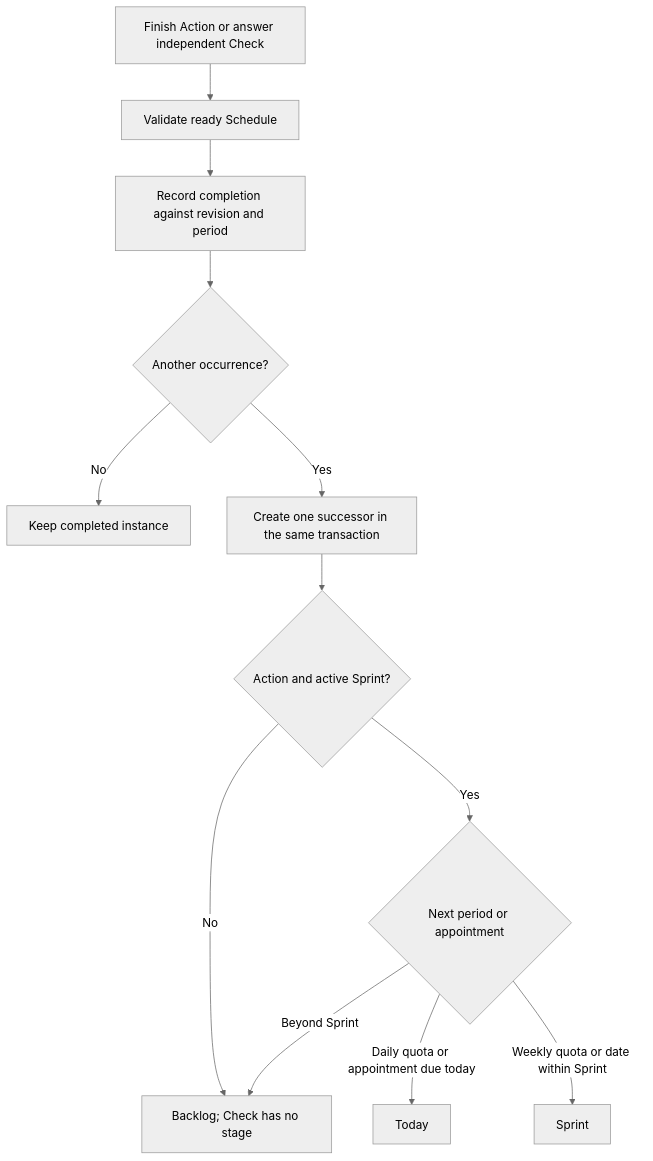
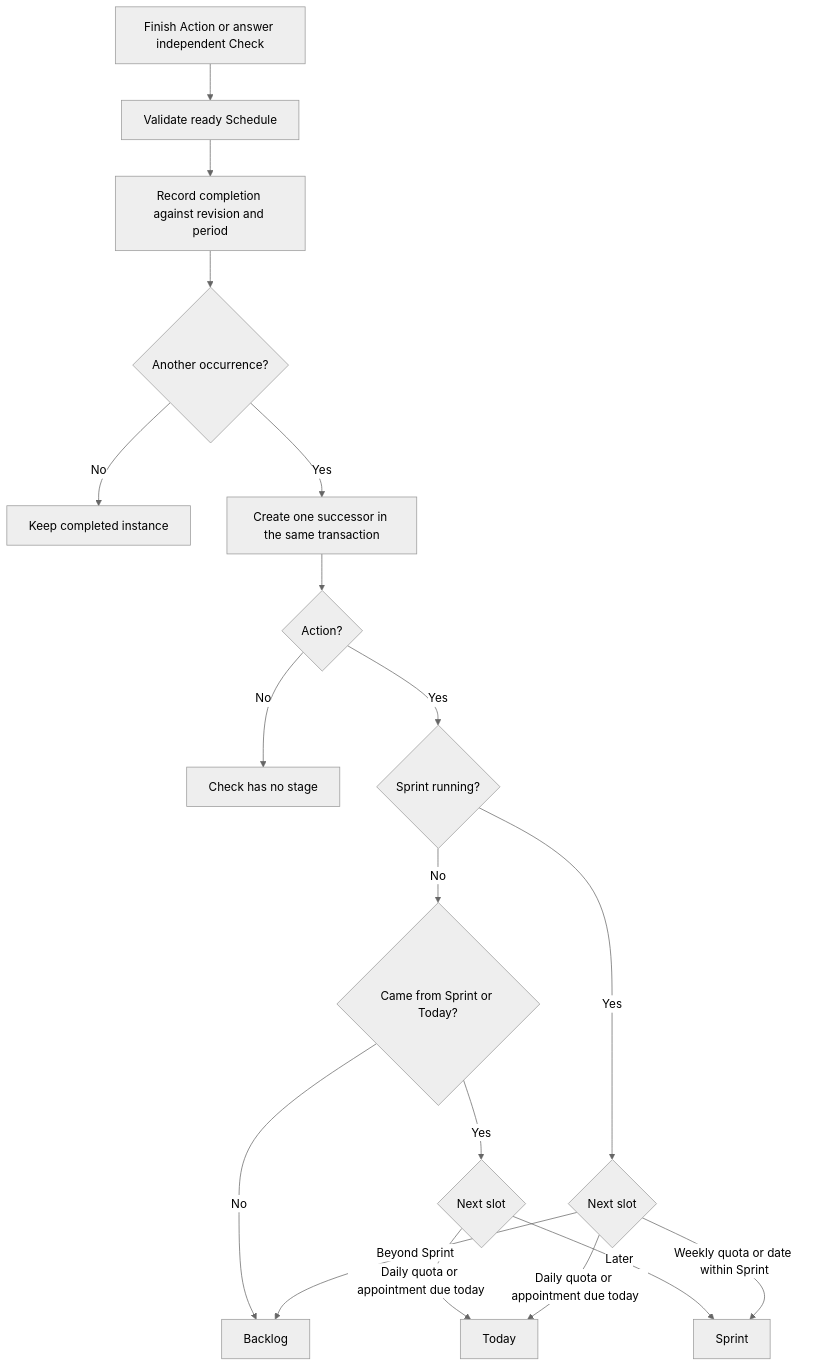
The second of 2 diagrams in docs/SCHEDULES.md (myvaheed/tg-ai-safwa), drawn with Mermaid (neutral theme) before and after one commit. The commit also changed other lines of this file and 70 other files, not shown here.

````diff
--- a/docs/SCHEDULES.md
+++ b/docs/SCHEDULES.md
@@ -31,14 +64,20 @@
 ```mermaid
 flowchart TD
     A[Finish Action or answer independent Check] --> B[Validate ready Schedule]
     B --> C[Record completion against revision and period]
     C --> D{Another occurrence?}
     D -->|No| E[Keep completed instance]
     D -->|Yes| F[Create one successor in the same transaction]
-    F --> G{Action and active Sprint?}
-    G -->|No| H[Backlog; Check has no stage]
-    G -->|Yes| I{Next period or appointment}
-    I -->|Daily quota or appointment due today| J[Today]
-    I -->|Weekly quota or date within Sprint| K[Sprint]
-    I -->|Beyond Sprint| H
+    F --> G{Action?}
+    G -->|No| H[Check has no stage]
+    G -->|Yes| I{Sprint running?}
+    I -->|No| P{Came from Sprint or Today?}
+    P -->|No| B2[Backlog]
+    P -->|Yes| Q{Next slot}
+    Q -->|Daily quota or appointment due today| T
+    Q -->|Later| K[Sprint]
+    I -->|Yes| J{Next slot}
+    J -->|Daily quota or appointment due today| T[Today]
+    J -->|Weekly quota or date within Sprint| K
+    J -->|Beyond Sprint| B2
 ```
````
